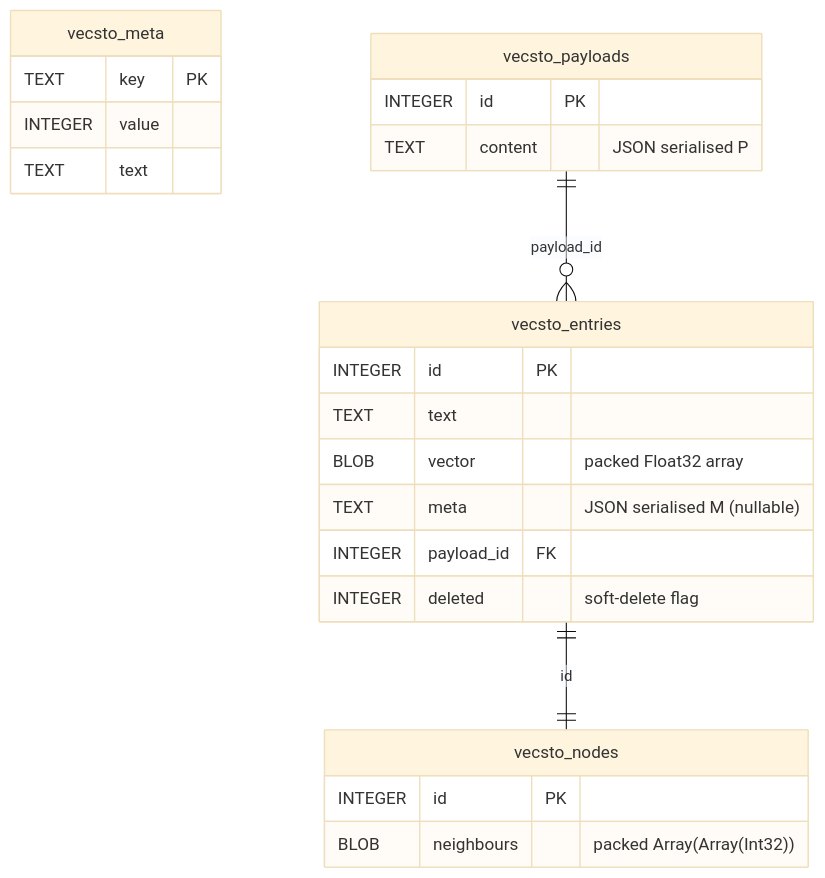
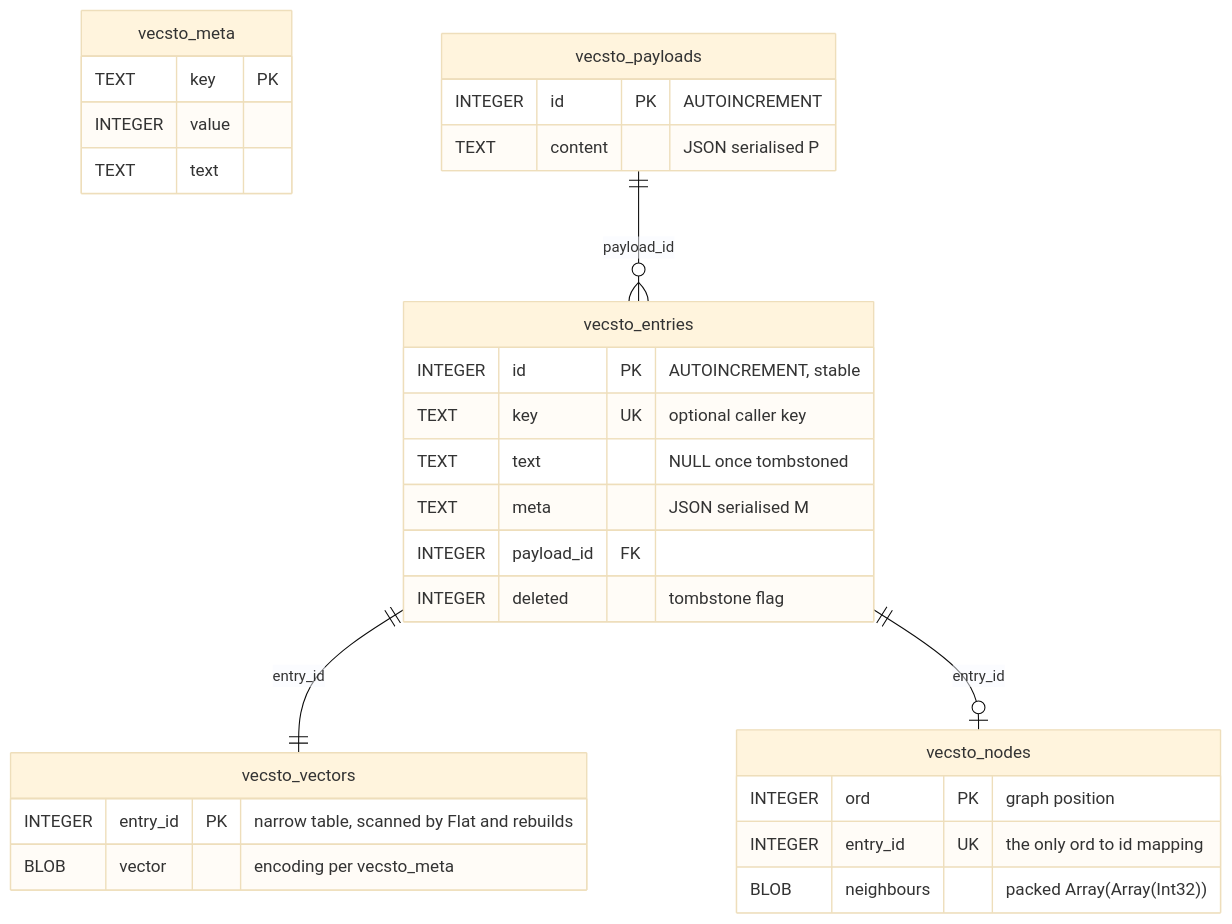
The second of 2 diagrams in DEVELOPMENT.md (nogginly/vecstolite.cr), drawn with Mermaid (base theme) before and after one commit. The commit also changed other lines of this file and 57 other files, not shown here.

````diff
--- a/DEVELOPMENT.md
+++ b/DEVELOPMENT.md
@@ -168,27 +157,33 @@
 ```mermaid
 erDiagram
     vecsto_meta {
         TEXT key PK
         INTEGER value
         TEXT text
     }
     vecsto_payloads {
-        INTEGER id PK
+        INTEGER id PK "AUTOINCREMENT"
         TEXT content "JSON serialised P"
     }
     vecsto_entries {
-        INTEGER id PK
-        TEXT text
-        BLOB vector "packed Float32 array"
-        TEXT meta "JSON serialised M (nullable)"
+        INTEGER id PK "AUTOINCREMENT, stable"
+        TEXT key UK "optional caller key"
+        TEXT text "NULL once tombstoned"
+        TEXT meta "JSON serialised M"
         INTEGER payload_id FK
-        INTEGER deleted "soft-delete flag"
+        INTEGER deleted "tombstone flag"
+    }
+    vecsto_vectors {
+        INTEGER entry_id PK "narrow table, scanned by Flat and rebuilds"
+        BLOB vector "encoding per vecsto_meta"
     }
     vecsto_nodes {
-        INTEGER id PK
+        INTEGER ord PK "graph position"
+        INTEGER entry_id UK "the only ord to id mapping"
         BLOB neighbours "packed Array(Array(Int32))"
     }
 
     vecsto_payloads ||--o{ vecsto_entries : "payload_id"
-    vecsto_entries  ||--|| vecsto_nodes   : "id"
+    vecsto_entries  ||--|| vecsto_vectors : "entry_id"
+    vecsto_entries  ||--o| vecsto_nodes   : "entry_id"
 ```
````
